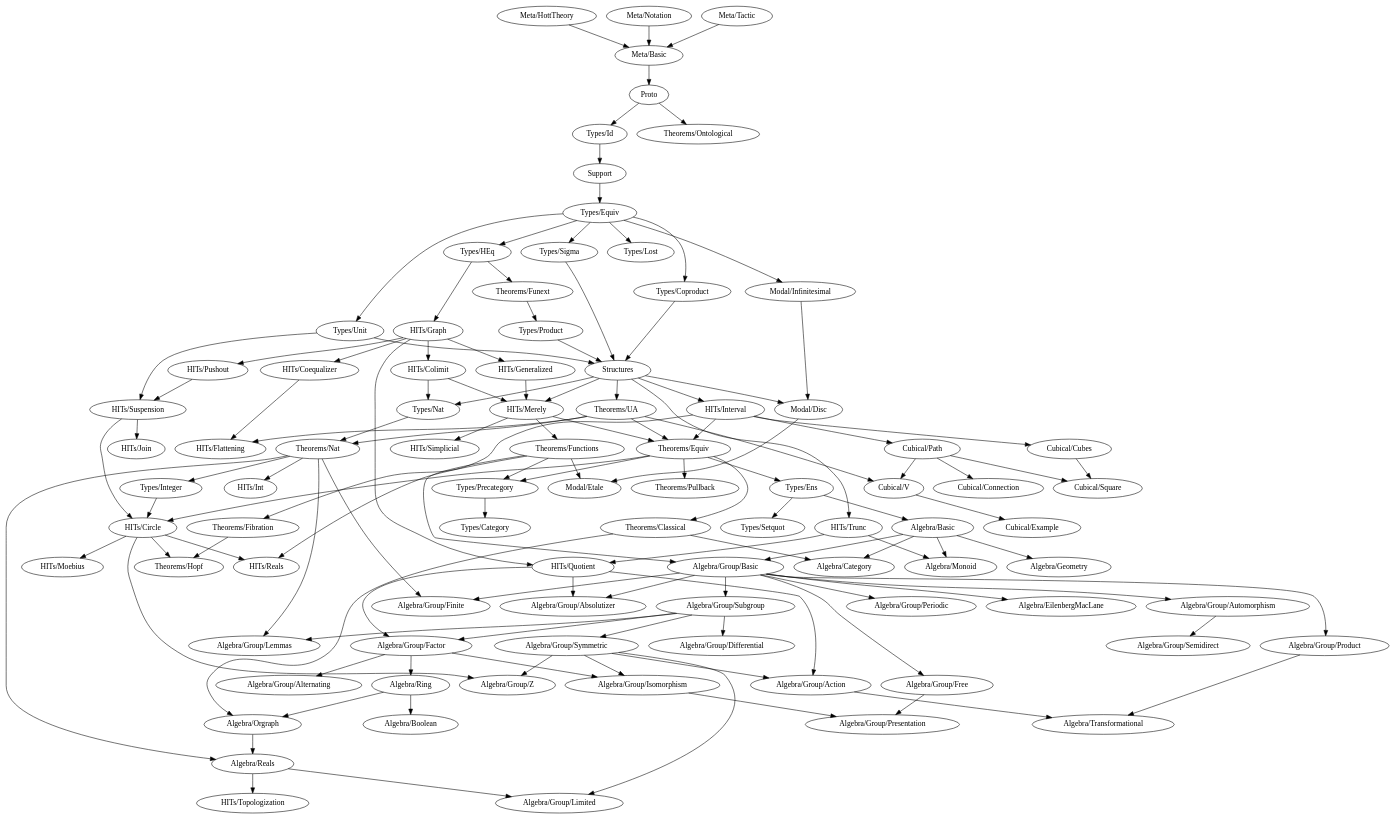
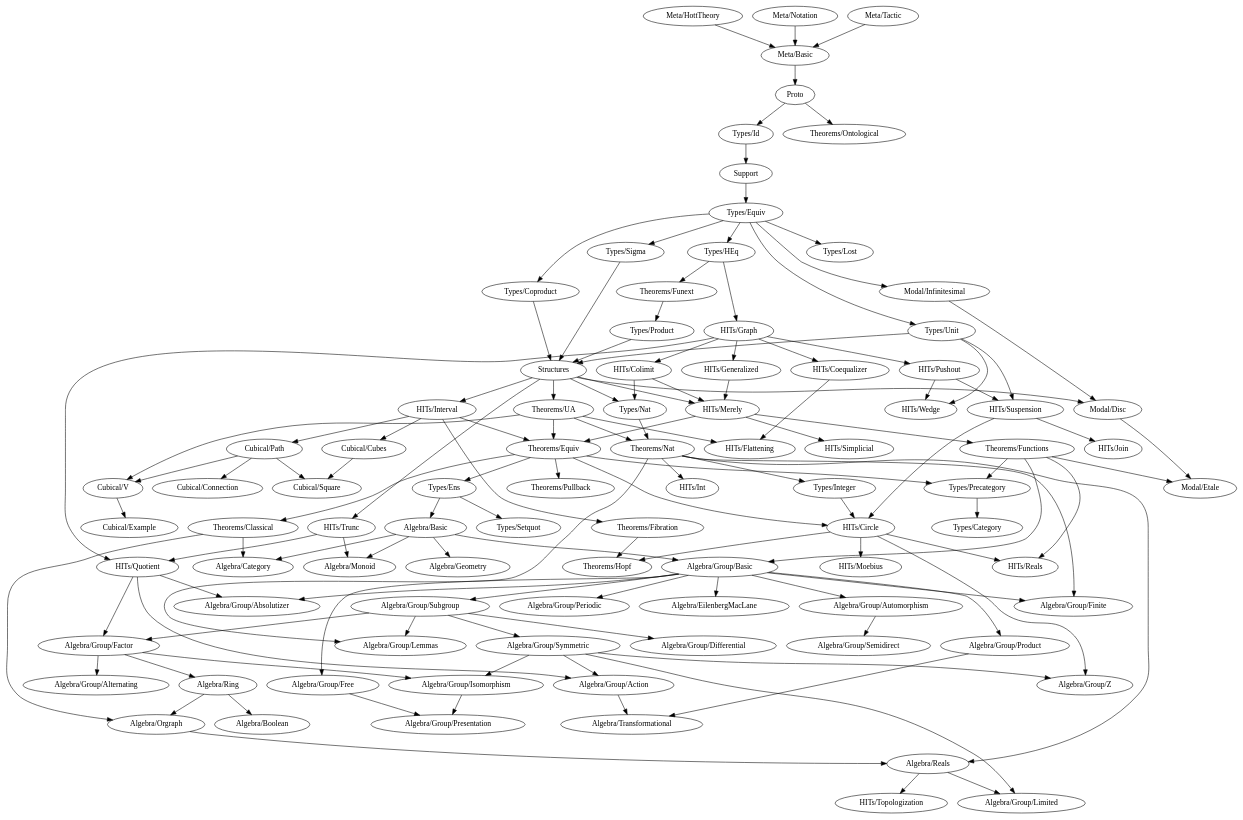
Before and after one commit to forked-from-1kasper/ground_zero: the diagram in dependency-map.gv, drawn with Graphviz. The commit also changed 2 other files, not shown here.

Commit message:
wedge sum

```diff
--- a/dependency-map.gv
+++ b/dependency-map.gv
@@ -96,7 +96,7 @@
     "Types/Product" -> { Structures }
     "Types/Setquot"
     "Types/Sigma" -> { Structures }
-    "Types/Unit" -> { Structures, "HITs/Suspension" }
+    "Types/Unit" -> { Structures, "HITs/Suspension", "HITs/Wedge" }
   }
 
   subgraph HITs {
@@ -131,7 +131,8 @@
     }
     "HITs/Moebius"
     "HITs/Pushout" -> {
-      "HITs/Suspension"
+      "HITs/Suspension",
+      "HITs/Wedge"
     }
     "HITs/Quotient" -> {
       "Algebra/Group/Absolutizer",
@@ -143,6 +144,7 @@
     "HITs/Suspension" -> { "HITs/Circle", "HITs/Join" }
     "HITs/Topologization"
     "HITs/Trunc" -> { "Algebra/Monoid", "HITs/Quotient" }
+    "HITs/Wedge"
   }
 
   subgraph Cubical {
```
